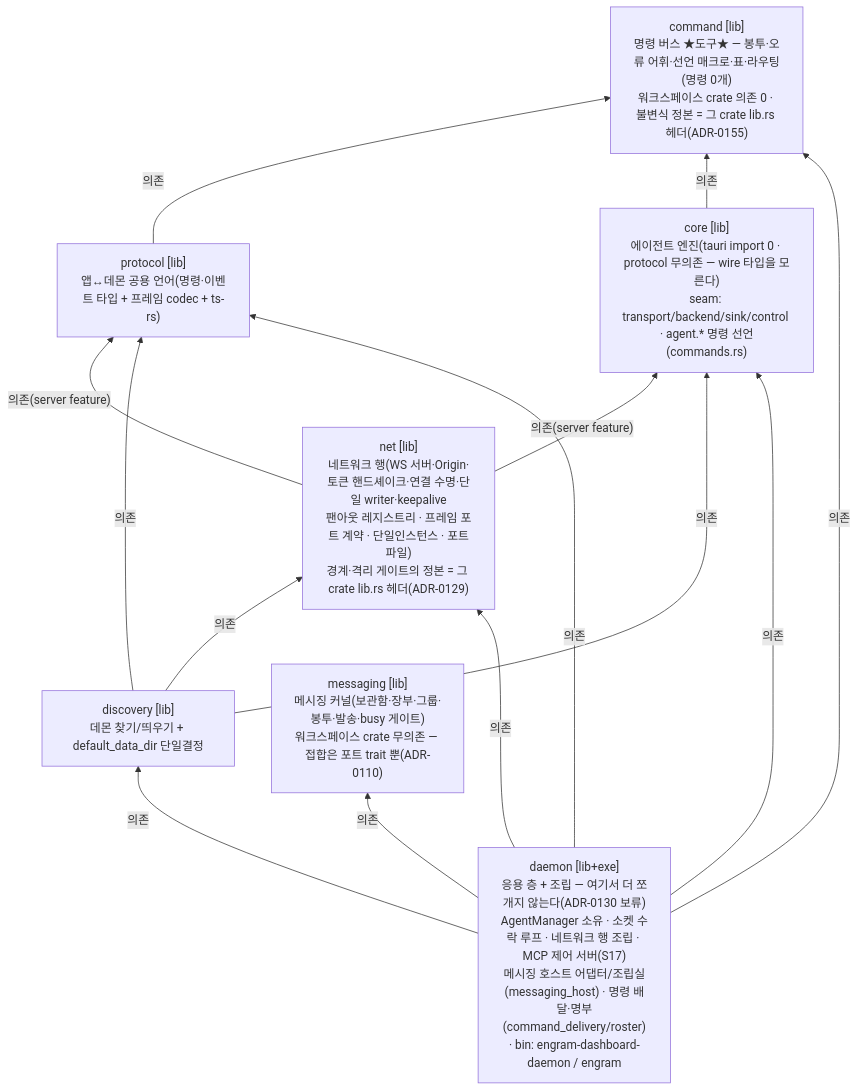
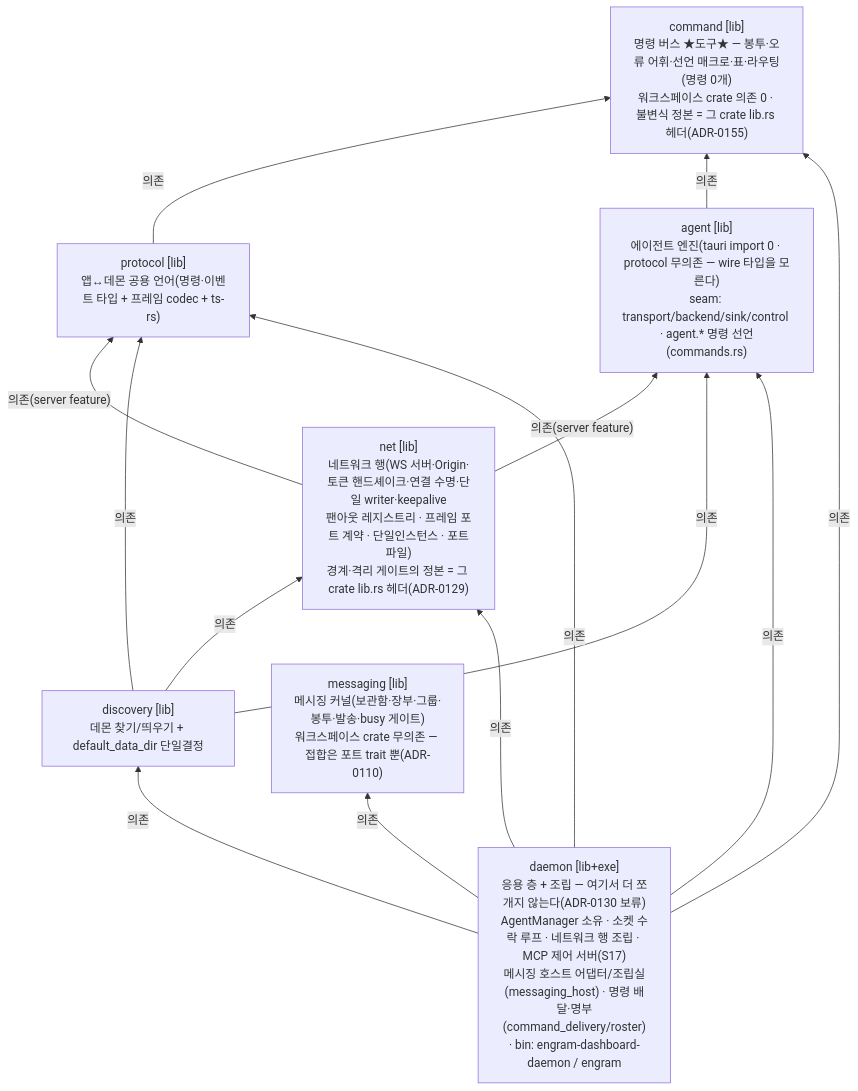
One commit to kimsunzun/engram-dashboard changed the third of 20 diagrams in docs/reference/architecture-overview.md. Above: the diagram before and after it, drawn with Mermaid. The commit also changed other lines of this file and 48 other files, not shown here.

````diff
--- a/docs/reference/architecture-overview.md
+++ b/docs/reference/architecture-overview.md
@@ -168,24 +168,24 @@
 ```mermaid
 flowchart BT
   command["command [lib]<br/>명령 버스 ★도구★ — 봉투·오류 어휘·선언 매크로·표·라우팅(명령 0개)<br/>워크스페이스 crate 의존 0 · 불변식 정본 = 그 crate lib.rs 헤더(ADR-0155)"]
   protocol["protocol [lib]<br/>앱↔데몬 공용 언어(명령·이벤트 타입 + 프레임 codec + ts-rs)"]
-  core["core [lib]<br/>에이전트 엔진(tauri import 0 · protocol 무의존 — wire 타입을 모른다)<br/>seam: transport/backend/sink/control · agent.* 명령 선언(commands.rs)"]
+  agent["agent [lib]<br/>에이전트 엔진(tauri import 0 · protocol 무의존 — wire 타입을 모른다)<br/>seam: transport/backend/sink/control · agent.* 명령 선언(commands.rs)"]
   discovery["discovery [lib]<br/>데몬 찾기/띄우기 + default_data_dir 단일결정"]
   messaging["messaging [lib]<br/>메시징 커널(보관함·장부·그룹·봉투·발송·busy 게이트)<br/>워크스페이스 crate 무의존 — 접합은 포트 trait 뿐(ADR-0110)"]
   net["net [lib]<br/>네트워크 행(WS 서버·Origin·토큰 핸드셰이크·연결 수명·단일 writer·keepalive<br/>팬아웃 레지스트리 · 프레임 포트 계약 · 단일인스턴스 · 포트파일)<br/>경계·격리 게이트의 정본 = 그 crate lib.rs 헤더(ADR-0129)"]
   daemon["daemon [lib+exe]<br/>응용 층 + 조립 — 여기서 더 쪼개지 않는다(ADR-0130 보류)<br/>AgentManager 소유 · 소켓 수락 루프 · 네트워크 행 조립 · MCP 제어 서버(S17)<br/>메시징 호스트 어댑터/조립실(messaging_host) · 명령 배달·명부(command_delivery/roster)<br/>· bin: engram-dashboard-daemon / engram"]
 
   protocol -->|"의존"| command
-  core -->|"의존"| command
+  agent -->|"의존"| command
   net -->|"의존(server feature)"| protocol
-  net -->|"의존(server feature)"| core
+  net -->|"의존(server feature)"| agent
   discovery -->|"의존"| protocol
-  discovery -->|"의존"| core
+  discovery -->|"의존"| agent
   discovery -->|"의존"| net
-  daemon -->|"의존"| core
+  daemon -->|"의존"| agent
   daemon -->|"의존"| protocol
   daemon -->|"의존"| command
   daemon -->|"의존"| net
   daemon -->|"의존"| discovery
   daemon -->|"의존"| messaging
 ```
````
